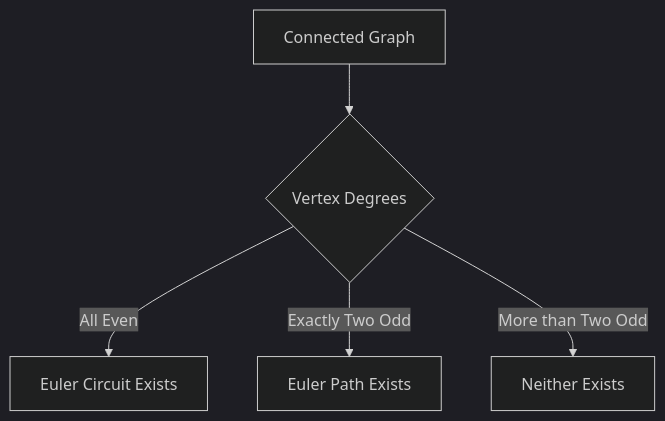
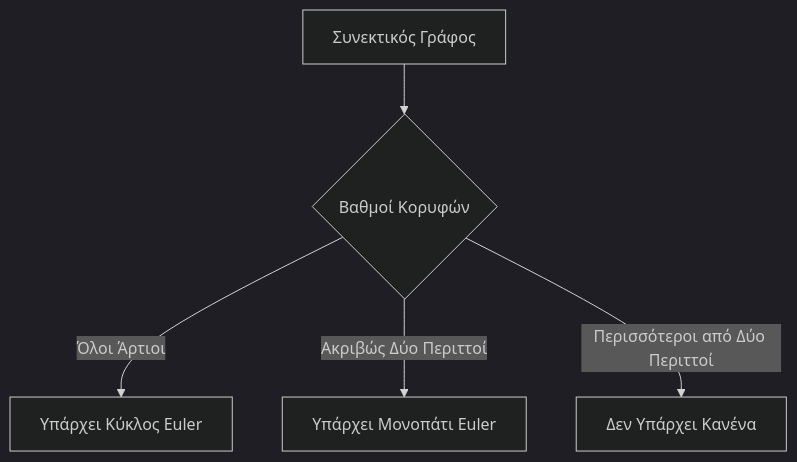
One commit to PanagopoulosNikolaos/DitOpenNotes changed the fourth of 7 diagrams in Year_1/Semester_2/DISCRETE_MATHEMATICS/Resources/Notes/6_Graph Theory.md. Above: the diagram before and after it, drawn with Mermaid (dark theme). The commit also changed other lines of this file and 8 other files, not shown here.

````diff
--- a/Year_1/Semester_2/DISCRETE_MATHEMATICS/Resources/Notes/6_Graph Theory.md
+++ b/Year_1/Semester_2/DISCRETE_MATHEMATICS/Resources/Notes/6_Graph Theory.md
@@ -95,7 +95,7 @@
 ```mermaid
 graph TD
-    A[Connected Graph] --> B{Vertex Degrees}
-    B -->|All Even| C[Euler Circuit Exists]
-    B -->|Exactly Two Odd| D[Euler Path Exists]
-    B -->|More than Two Odd| E[Neither Exists]
+    A[Συνεκτικός Γράφος] --> B{Βαθμοί Κορυφών}
+    B -->|Όλοι Άρτιοι| C[Υπάρχει Κύκλος Euler]
+    B -->|Ακριβώς Δύο Περιττοί| D[Υπάρχει Μονοπάτι Euler]
+    B -->|Περισσότεροι από Δύο Περιττοί| E[Δεν Υπάρχει Κανένα]
 ```
````
